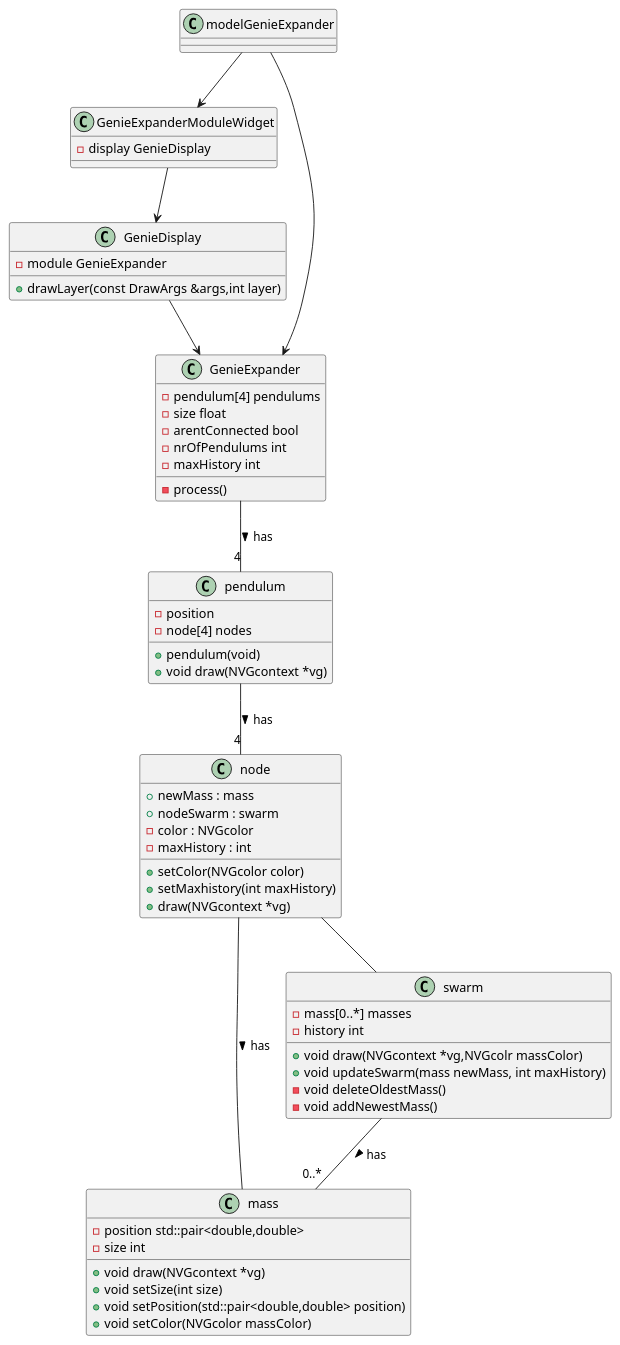
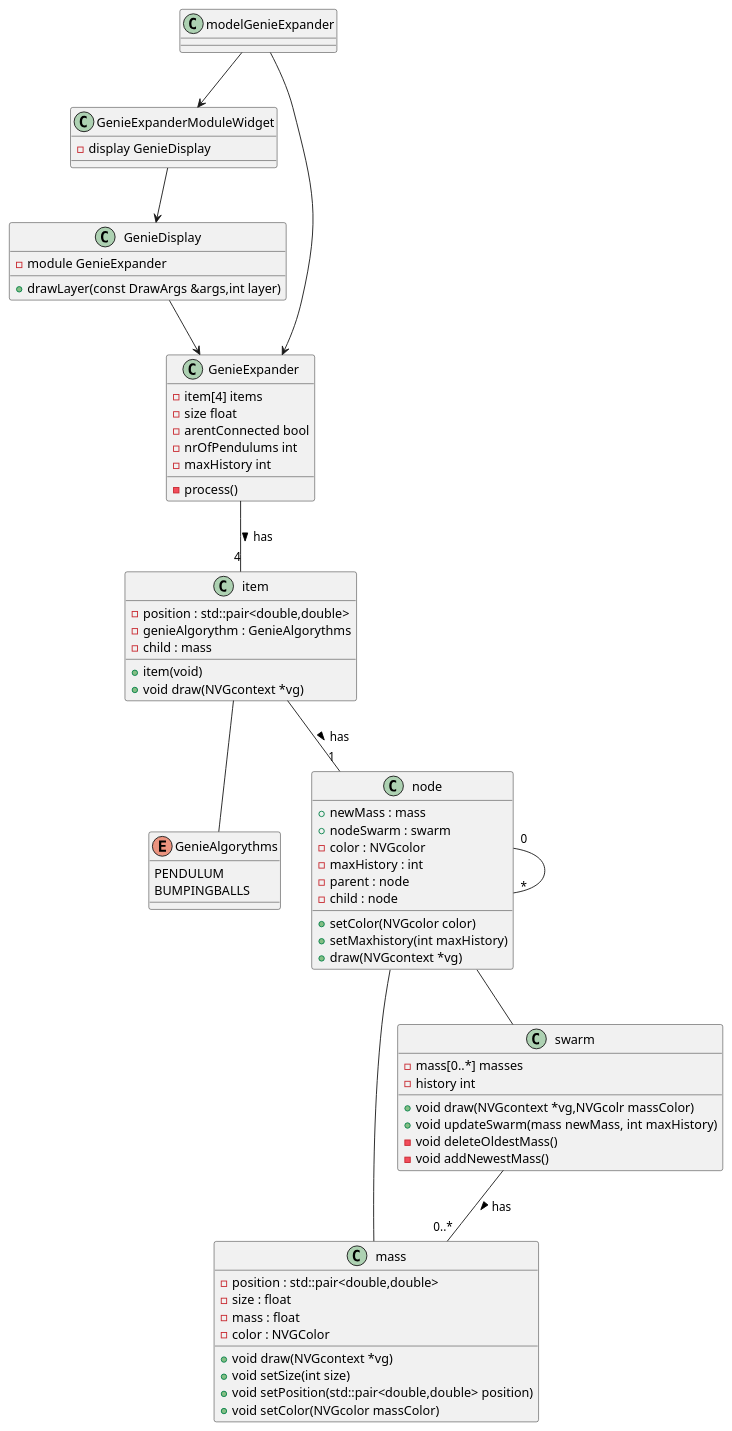
One commit to kockie69/RPJ changed the diagram in plantUML/GenieExpander.pu. Above: the diagram before and after it, drawn with PlantUML. The commit also changed 5 other files, not shown here.

```diff
--- a/plantUML/GenieExpander.pu
+++ b/plantUML/GenieExpander.pu
@@ -1,65 +1,78 @@
 @startuml
 
 class GenieExpanderModuleWidget {
     -display GenieDisplay
 }
 
 class GenieExpander {
-    -pendulum[4] pendulums
+    -item[4] items
     -size float
 	-arentConnected bool
 	-nrOfPendulums int
 	-maxHistory int
     -process()
 }
 
 class GenieDisplay {
     -module GenieExpander
     +drawLayer(const DrawArgs &args,int layer)
 }
-class pendulum {
-    -position
-    +pendulum(void)
+
+enum GenieAlgorythms {
+    PENDULUM
+    BUMPINGBALLS
+}
+
+class item {
+    -position : std::pair<double,double> 
+    -genieAlgorythm : GenieAlgorythms
+    -child : mass
+    +item(void)
     +void draw(NVGcontext *vg)
-    -node[4] nodes
 }
 
 class node {
     +setColor(NVGcolor color)
     +setMaxhistory(int maxHistory)
     +draw(NVGcontext *vg)
     +newMass : mass
     +nodeSwarm : swarm
     -color : NVGcolor
     -maxHistory : int
+    -parent : node
+    -child : node
 }
 
 class mass {
-    -position std::pair<double,double>
-    -size int
+    -position : std::pair<double,double>
+    -size : float
+    -mass : float
+    -color : NVGColor
     +void draw(NVGcontext *vg)
     +void setSize(int size)
     +void setPosition(std::pair<double,double> position)
     +void setColor(NVGcolor massColor)
 }
 
 class swarm {
     -mass[0..*] masses
     -history int
     +void draw(NVGcontext *vg,NVGcolr massColor)
     +void updateSwarm(mass newMass, int maxHistory)
     -void deleteOldestMass()
     -void addNewestMass()
 }
 
 modelGenieExpander --> GenieExpander
 modelGenieExpander --> GenieExpanderModuleWidget
 GenieExpanderModuleWidget --> GenieDisplay
 GenieDisplay --> GenieExpander
-GenieExpander -- "4" pendulum : has >
-pendulum -- "4" node : has >
-node -- mass : has >
+GenieExpander -- "4" item : has >
+item -- "1" node : has >
+item -- GenieAlgorythms
 node -- swarm
+node -- mass
 swarm -- "0..*" mass : has >
+node "0" -- "*" node
 
 @enduml
```
